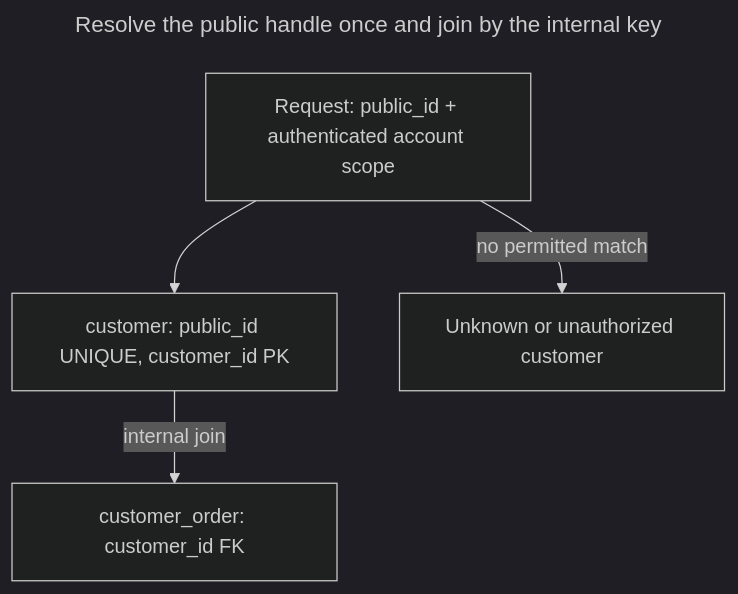
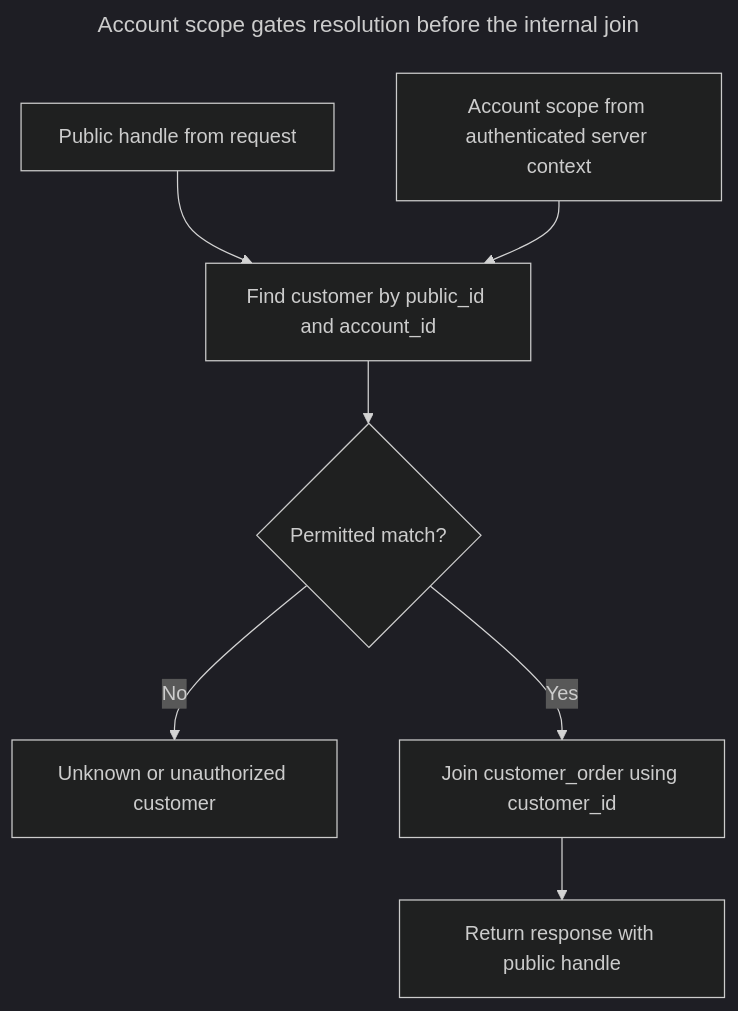
Before and after one commit to mokevnin/database-design-patterns: the second of 5 diagrams in book/en/public-identifier.md, drawn with Mermaid (dark theme). The commit also changed other lines of this file and 13 other files, not shown here.

First line of the commit message:
docs: add ER and other diagrams to the first fourteen chapters

````diff
--- a/book/en/public-identifier.md
+++ b/book/en/public-identifier.md
@@ -41,13 +63,19 @@
 ```mermaid
 ---
-title: Resolve the public handle once and join by the internal key
+title: Account scope gates resolution before the internal join
 ---
 flowchart TB
-  request["Request: public_id + authenticated account scope"]:::muted
-  resolve["customer: public_id UNIQUE, customer_id PK"]:::accent
-  orders["customer_order: customer_id FK"]:::accent
+  request["Public handle from request"]:::muted
+  auth["Account scope from authenticated server context"]:::accent
+  lookup["Find customer by public_id and account_id"]:::accent
+  match{"Permitted match?"}:::accent
   reject["Unknown or unauthorized customer"]:::warn
-  request --> resolve
-  resolve -->|internal join| orders
-  request -->|no permitted match| reject
+  join["Join customer_order using customer_id"]:::accent
+  response["Return response with public handle"]:::muted
+  request --> lookup
+  auth --> lookup
+  lookup --> match
+  match -->|No| reject
+  match -->|Yes| join
+  join --> response
 ```
````
